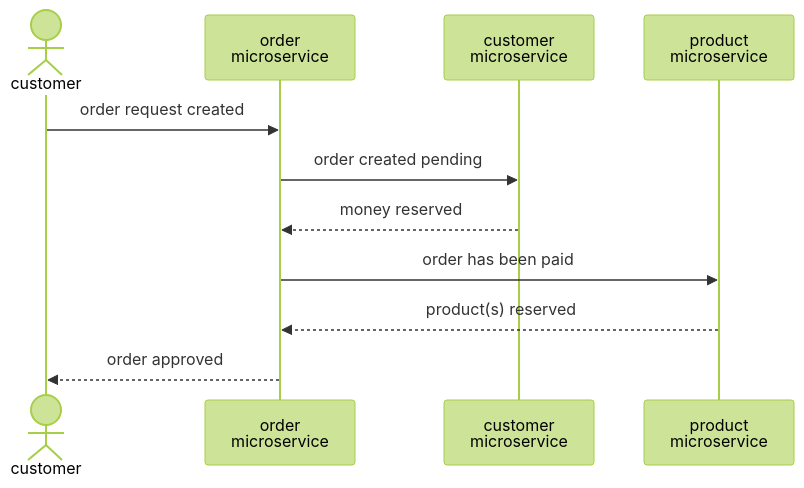
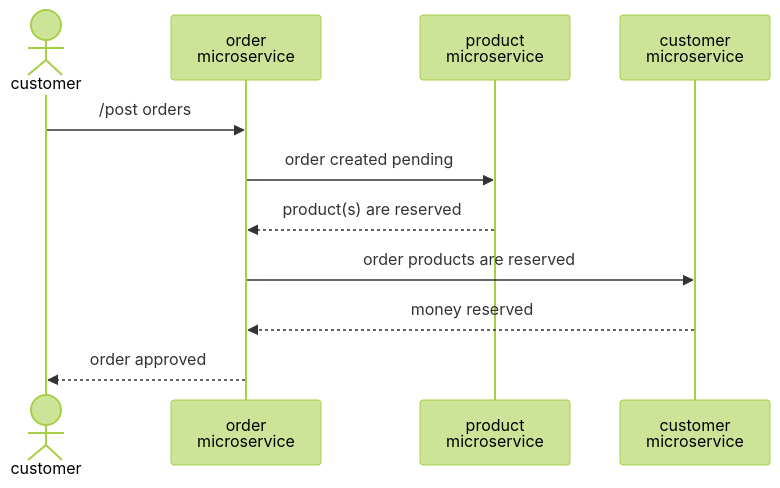
One commit to wasd0/eshop changed the diagram in README.md. Above: the diagram before and after it, drawn with Mermaid (forest theme).

Commit message:
update interaction of services diagram part 2

````diff
--- a/README.md
+++ b/README.md
@@ -7,13 +7,13 @@
 ```mermaid
 sequenceDiagram
     actor customer
     participant order_s as order <br> microservice
+    participant product_s as product <br> microservice
     participant customer_s as customer <br> microservice
-    participant product_s as product <br> microservice
-    customer ->> order_s: order request created
-    order_s ->> customer_s: order created pending
+    customer ->> order_s: /post orders
+    order_s ->> product_s: order created pending
+    product_s -->> order_s: product(s) are reserved
+    order_s ->> customer_s: order products are reserved
     customer_s -->> order_s: money reserved
-    order_s ->> product_s: order has been paid
-    product_s -->> order_s: product(s) reserved
     order_s -->> customer: order approved
 ```
````
